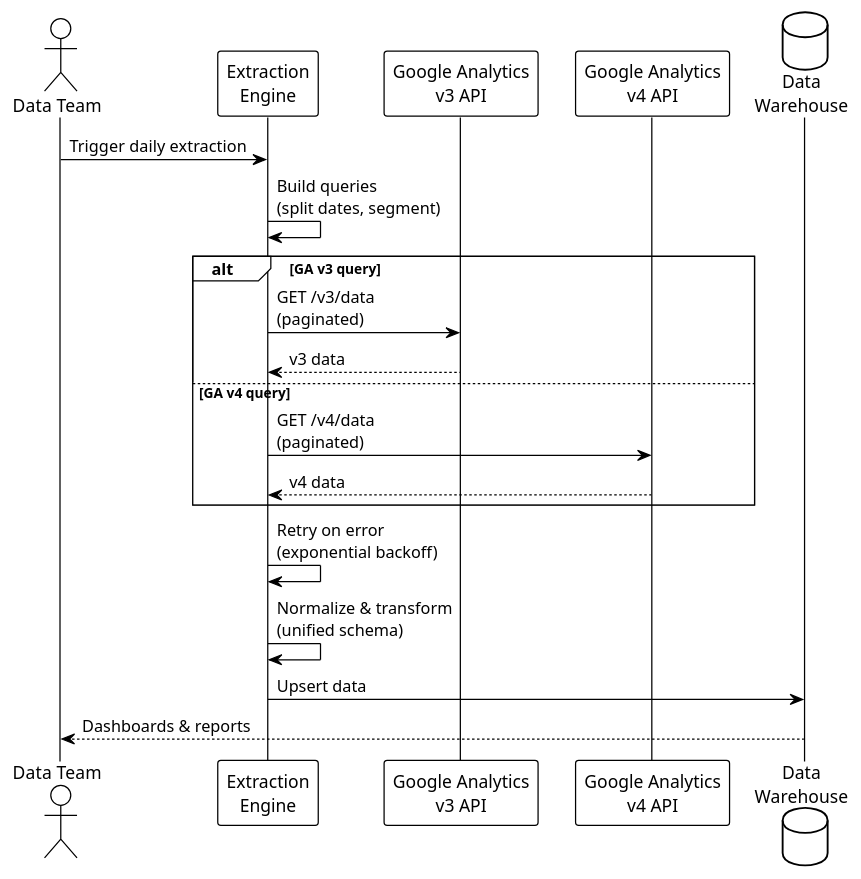
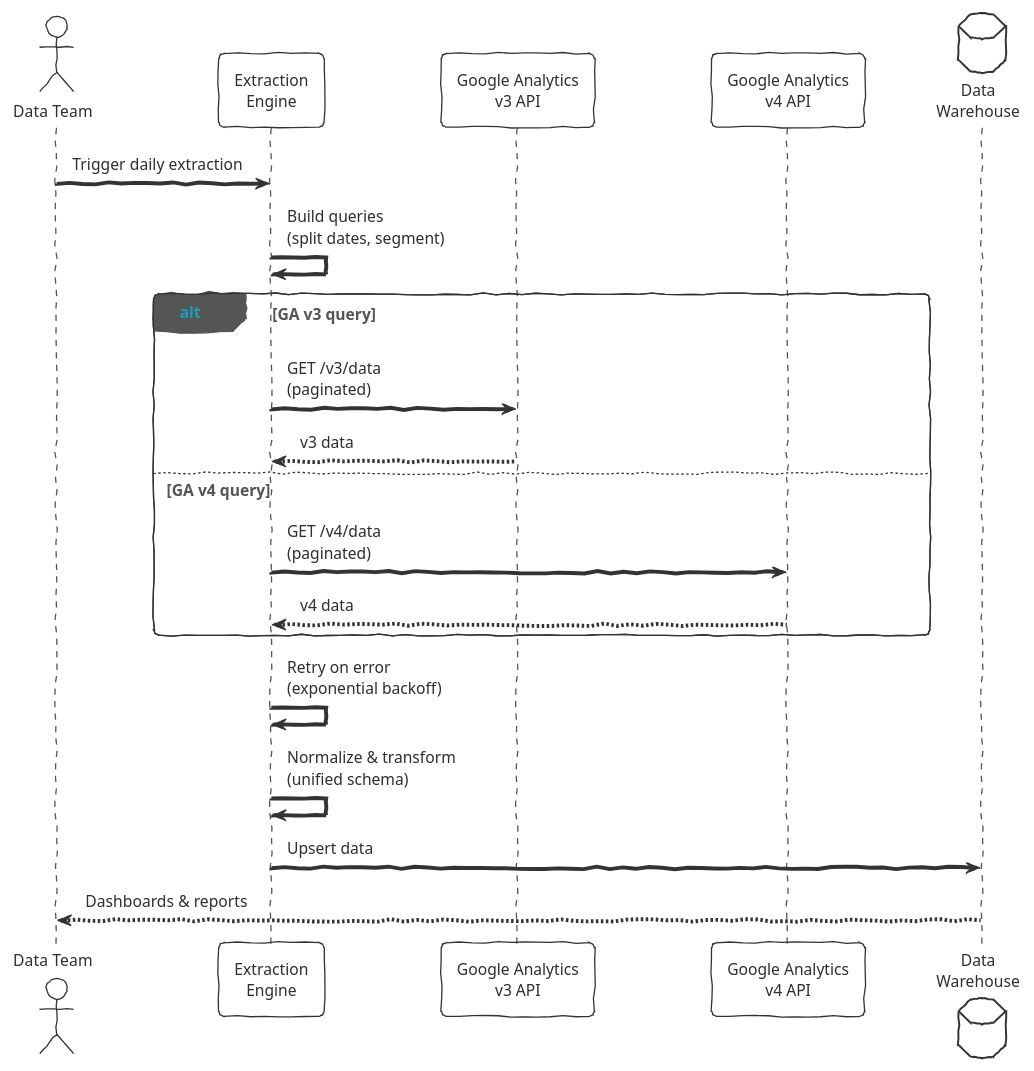
The diagram in diagram.puml (yokharian/google-analytics-extractor), drawn with PlantUML before and after one commit. The commit also changed 1 other file, not shown here.

Commit message:
docs: embed diagram in README via plantuml proxy and fix diagram syntax

```diff
--- a/diagram.puml
+++ b/diagram.puml
@@ -1,27 +1,27 @@
 @startuml Google Analytics Extractor
-!theme plain
+!theme sketchy-outline
 skinparam componentStyle rectangle
 
 actor "Data Team" as team
 participant "Extraction\nEngine" as engine
 participant "Google Analytics\nv3 API" as ga3
 participant "Google Analytics\nv4 API" as ga4
 database "Data\nWarehouse" as dw
 
 team -> engine: Trigger daily extraction
 engine -> engine: Build queries\n(split dates, segment)
 
 alt GA v3 query
     engine -> ga3: GET /v3/data\n(paginated)
     ga3 --> engine: v3 data
 else GA v4 query
     engine -> ga4: GET /v4/data\n(paginated)
     ga4 --> engine: v4 data
 end
 
 engine -> engine: Retry on error\n(exponential backoff)
 engine -> engine: Normalize & transform\n(unified schema)
 engine -> dw: Upsert data
 dw --> team: Dashboards & reports
 
 @enduml
```
